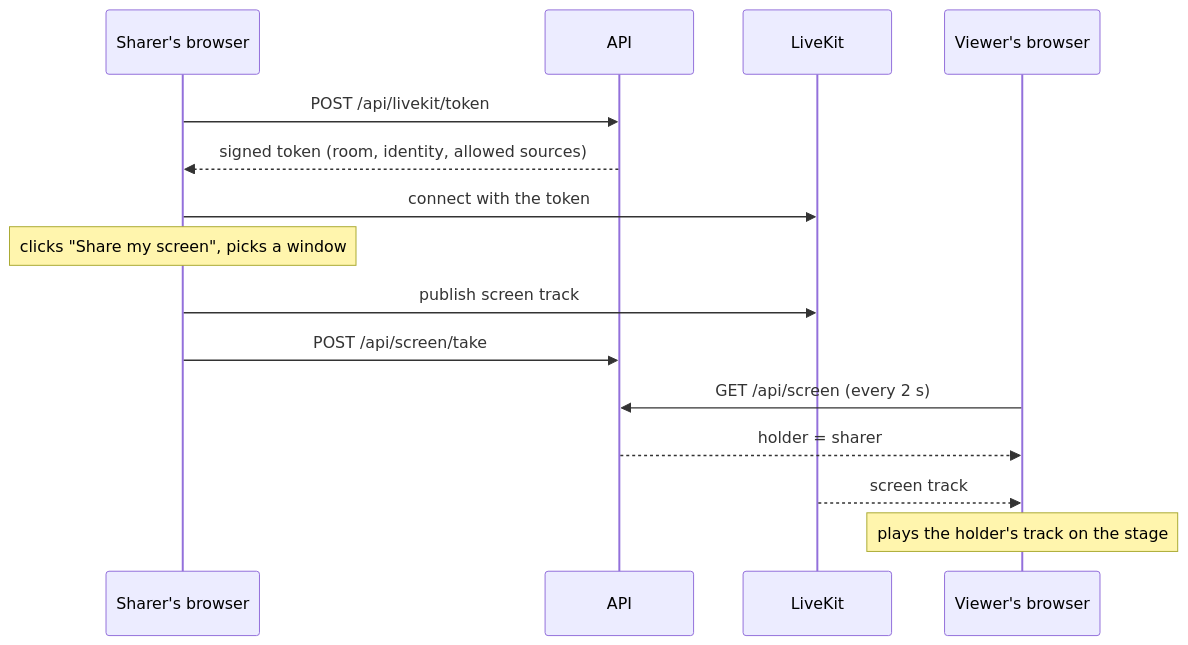
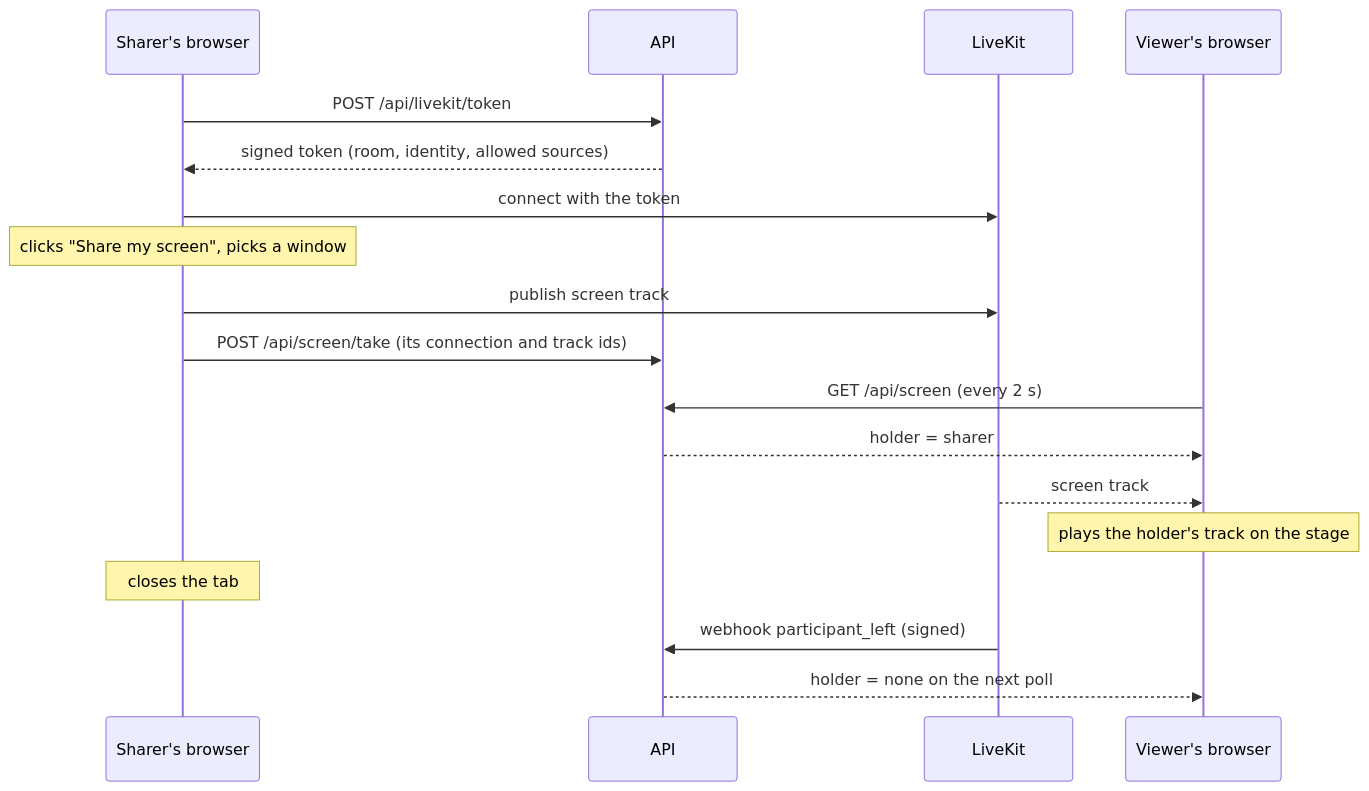
Before and after one commit to Hbrauveres/xove: the third of 3 diagrams in docs/architecture.md, drawn with Mermaid. The commit also changed other lines of this file and 29 other files, not shown here.

````diff
--- a/docs/architecture.md
+++ b/docs/architecture.md
@@ -81,17 +80,20 @@
 ```mermaid
 sequenceDiagram
   participant S as Sharer's browser
   participant A as API
   participant L as LiveKit
   participant V as Viewer's browser
   S->>A: POST /api/livekit/token
   A-->>S: signed token (room, identity, allowed sources)
   S->>L: connect with the token
   Note over S: clicks "Share my screen", picks a window
   S->>L: publish screen track
-  S->>A: POST /api/screen/take
+  S->>A: POST /api/screen/take (its connection and track ids)
   V->>A: GET /api/screen (every 2 s)
   A-->>V: holder = sharer
   L-->>V: screen track
   Note over V: plays the holder's track on the stage
+  Note over S: closes the tab
+  L->>A: webhook participant_left (signed)
+  A-->>V: holder = none on the next poll
 ```
````
